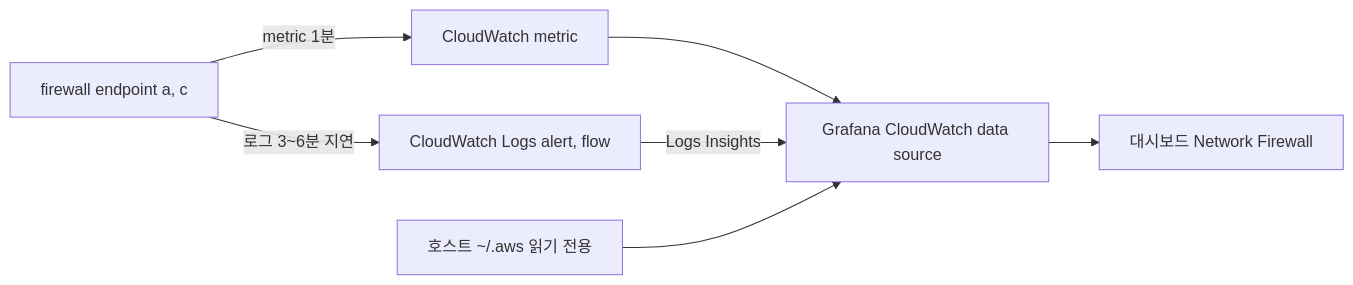
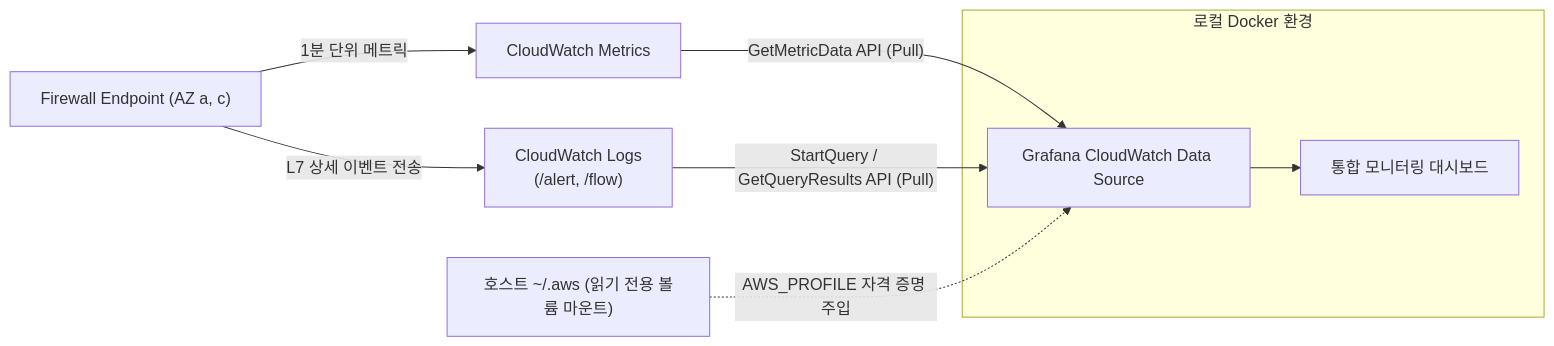
Before and after one commit to choisungwook/portfolio: the diagram in aws/network-firewall/egress-filtering/docs/4-monitoring.md, drawn with Mermaid. The commit also changed other lines of this file and 9 other files, not shown here.

Commit message:
docs: AWS Network Firewall 핸즈온 문서 글 교정 및 시나리오 목표 중심 개편 (#1369)

````diff
--- a/aws/network-firewall/egress-filtering/docs/4-monitoring.md
+++ b/aws/network-firewall/egress-filtering/docs/4-monitoring.md
@@ -98,9 +35,15 @@
 ```mermaid
 flowchart LR
-  VPCE["firewall endpoint a, c"] -- "metric 1분" --> CWM["CloudWatch metric"]
-  VPCE -- "로그 3~6분 지연" --> CWL["CloudWatch Logs alert, flow"]
-  CWM --> DS["Grafana CloudWatch data source"]
-  CWL -- "Logs Insights" --> DS
-  AWS["호스트 ~/.aws 읽기 전용"] --> DS
-  DS --> DASH["대시보드 Network Firewall"]
+  VPCE["Firewall Endpoint (AZ a, c)"] -- "1분 단위 메트릭" --> CWM["CloudWatch Metrics"]
+  VPCE -- "L7 상세 이벤트 전송" --> CWL["CloudWatch Logs<br/>(/alert, /flow)"]
+
+  subgraph Docker["로컬 Docker 환경"]
+    DS["Grafana CloudWatch Data Source"]
+    DASH["통합 모니터링 대시보드"]
+    DS --> DASH
+  end
+
+  CWM -- "GetMetricData API (Pull)" --> DS
+  CWL -- "StartQuery / GetQueryResults API (Pull)" --> DS
+  HOST["호스트 ~/.aws (읽기 전용 볼륨 마운트)"] -. "AWS_PROFILE 자격 증명 주입" .-> DS
 ```
````
